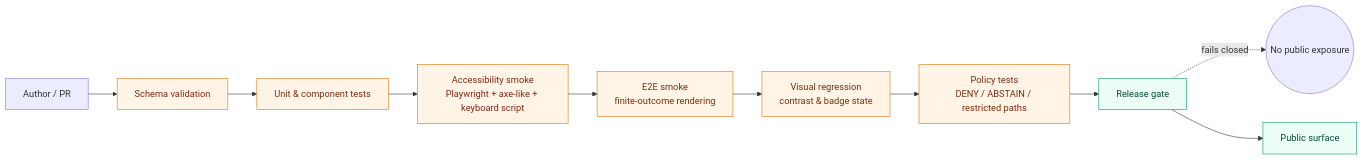
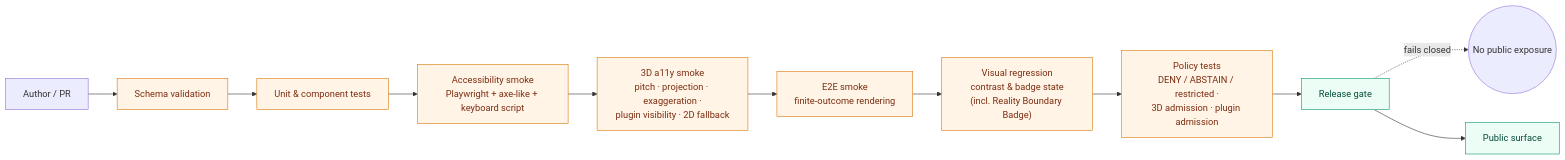
The diagram in docs/architecture/ui/ACCESSIBILITY.md (bartytime4life/Kansas-Frontier-Matrix), drawn with Mermaid before and after one commit. The commit also changed other lines of this file, not shown here.

````diff
--- a/docs/architecture/ui/ACCESSIBILITY.md
+++ b/docs/architecture/ui/ACCESSIBILITY.md
@@ -351,17 +405,18 @@
 ```mermaid
 flowchart LR
-    A[Author / PR] --> B[Schema validation]
-    B --> C[Unit & component tests]
-    C --> D[Accessibility smoke<br/>Playwright + axe-like + keyboard script]
-    D --> E[E2E smoke<br/>finite-outcome rendering]
-    E --> F[Visual regression<br/>contrast & badge state]
-    F --> G[Policy tests<br/>DENY / ABSTAIN / restricted paths]
-    G --> H[Release gate]
-    H -. fails closed .-> X((No public exposure))
-    H --> Y[Public surface]
+    A["Author / PR"] --> B["Schema validation"]
+    B --> C["Unit & component tests"]
+    C --> D["Accessibility smoke<br/>Playwright + axe-like + keyboard script"]
+    D --> D2["3D a11y smoke<br/>pitch · projection · exaggeration ·<br/>plugin visibility · 2D fallback"]
+    D2 --> E["E2E smoke<br/>finite-outcome rendering"]
+    E --> F["Visual regression<br/>contrast & badge state<br/>(incl. Reality Boundary Badge)"]
+    F --> G["Policy tests<br/>DENY / ABSTAIN / restricted ·<br/>3D admission · plugin admission"]
+    G --> H["Release gate"]
+    H -. "fails closed" .-> X(("No public exposure"))
+    H --> Y["Public surface"]
 
     classDef gate fill:#fff4e5,stroke:#d97706,color:#7c2d12;
     classDef proof fill:#ecfdf5,stroke:#059669,color:#064e3b;
-    class B,C,D,E,F,G gate
+    class B,C,D,D2,E,F,G gate
     class H,Y proof
 ```
````
